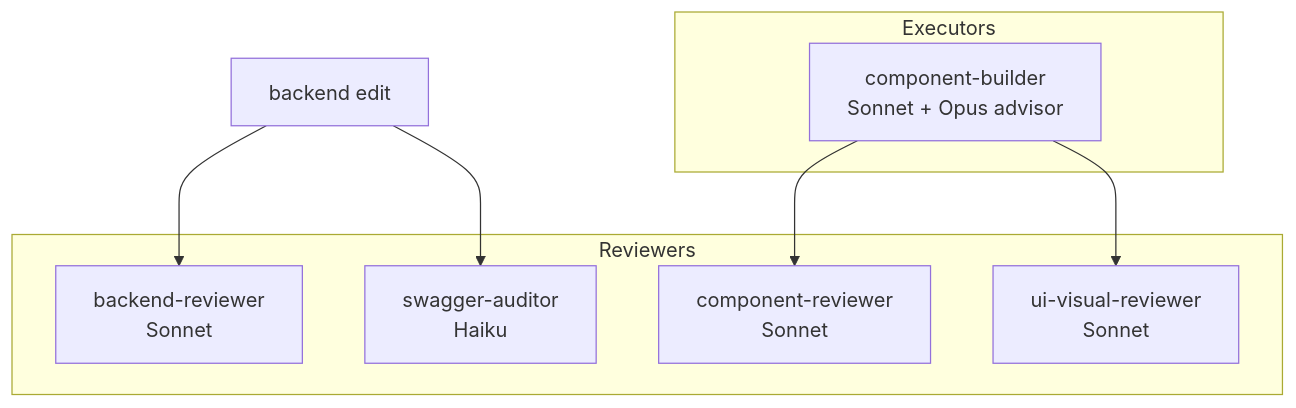
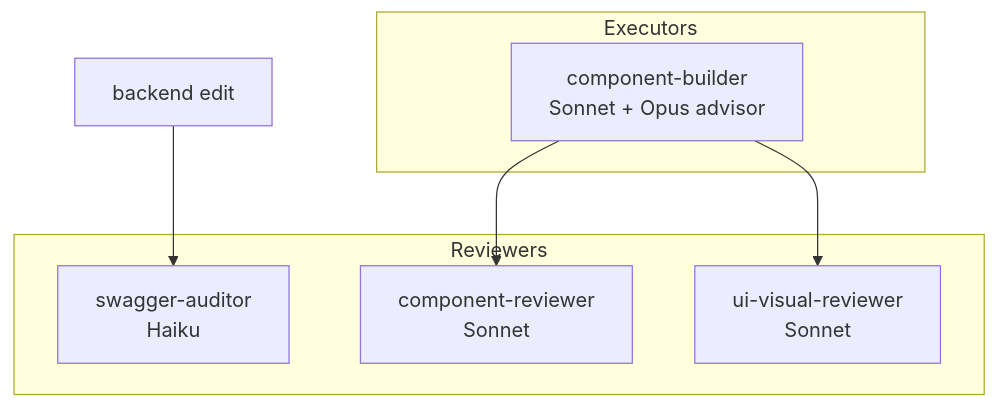
One commit to AixleHQ/insights changed the second of 7 diagrams in AGENTS.md. Above: the diagram before and after it, drawn with Mermaid. The commit also changed other lines of this file and 25 other files, not shown here.

````diff
--- a/AGENTS.md
+++ b/AGENTS.md
@@ -136,17 +115,15 @@
 ```mermaid
 flowchart TB
     subgraph Executors
       CB[component-builder\nSonnet + Opus advisor]
     end
     subgraph Reviewers
-      RR[backend-reviewer\nSonnet]
       SA[swagger-auditor\nHaiku]
       CR[component-reviewer\nSonnet]
       VC[ui-visual-reviewer\nSonnet]
     end
 
     CB --> CR
     CB --> VC
-    API[backend edit] --> RR
-    API --> SA
+    API[backend edit] --> SA
 ```
````
